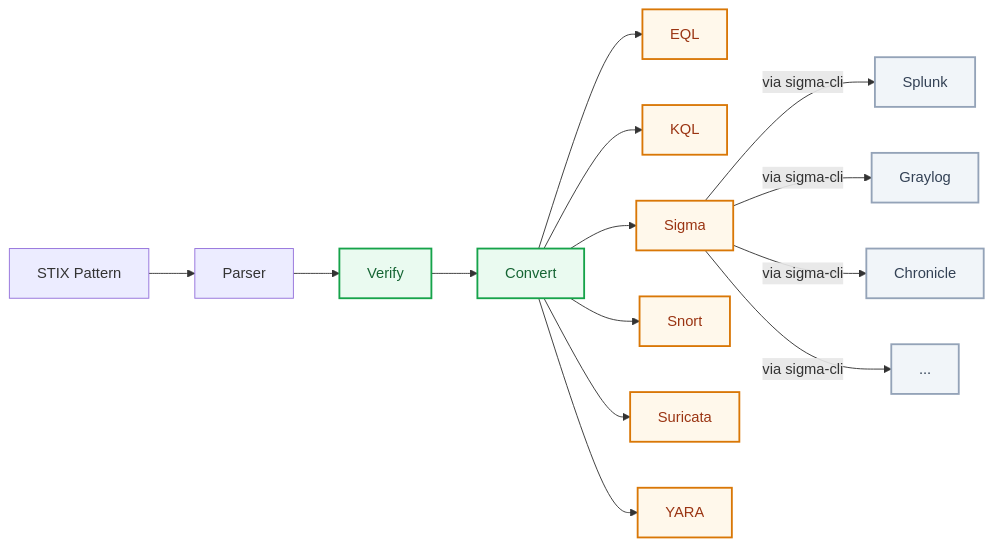
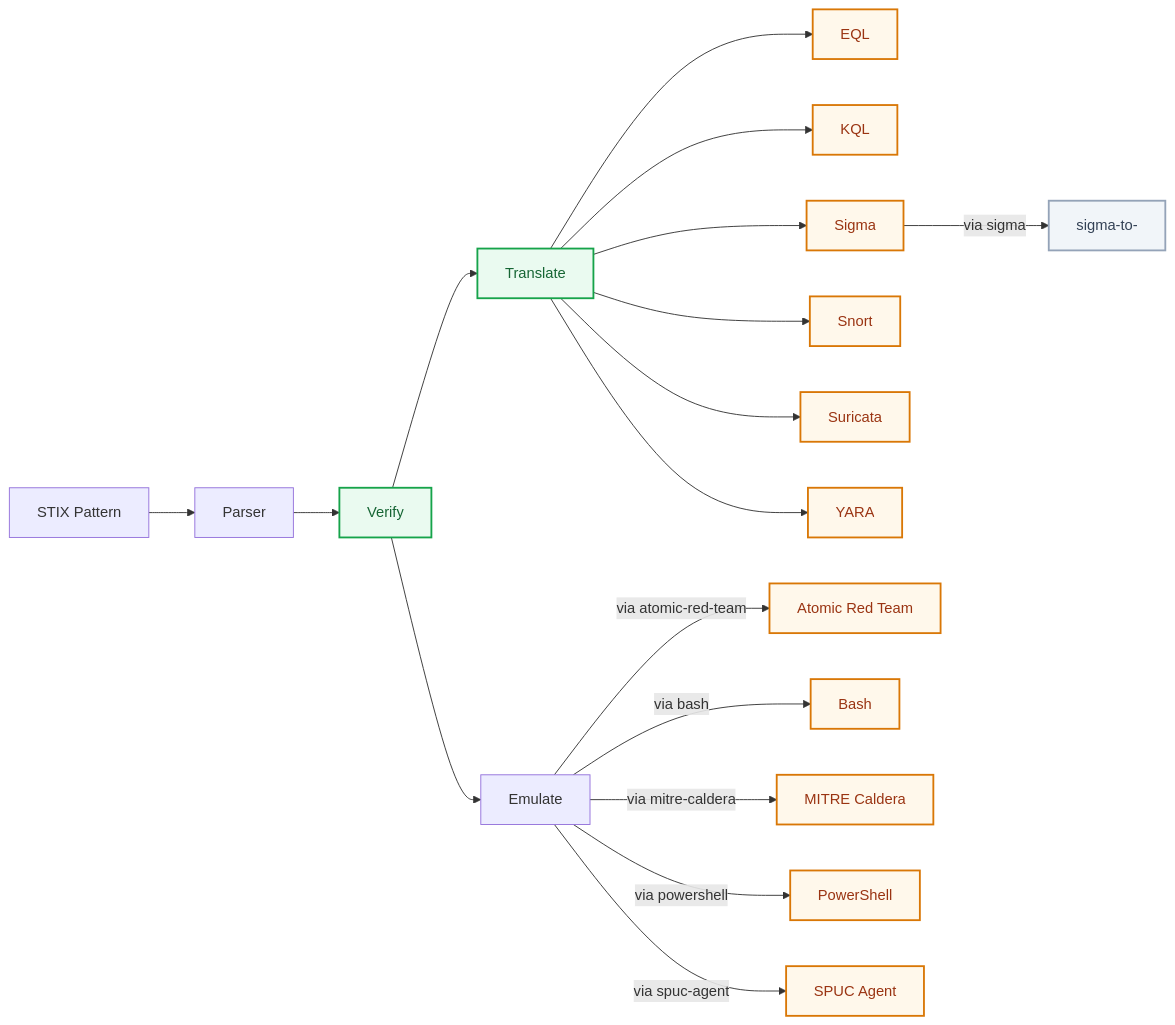
The diagram in README.md (febrezo/spuc), drawn with Mermaid before and after one commit. The commit also changed other lines of this file and 95 other files, not shown here.

````diff
--- a/README.md
+++ b/README.md
@@ -5,25 +6,28 @@
 ```mermaid
 flowchart LR
   A[STIX Pattern] --> B[Parser]
   B --> D[Verify]
-  D --> E[Convert]
+  D --> E[Translate]
+  D --> Z[Emulate]
   E --> F[EQL]
   E --> G[KQL]
   E --> H[Sigma]
   E --> I[Snort]
   E --> J[Suricata]
   E --> K[YARA]
-  H -->|via sigma-cli| L[Splunk]
-  H -->|via sigma-cli| M[Graylog]
-  H -->|via sigma-cli| N[Chronicle]
-  H -->|via sigma-cli| Z[...]
+  H -->|via sigma| L[sigma-to-<backend>]
+  Z -->|via atomic-red-team| Z1[Atomic Red Team]
+  Z -->|via bash| Z2[Bash]
+  Z -->|via mitre-caldera| Z3[MITRE Caldera]
+  Z -->|via powershell| Z4[PowerShell]
+  Z -->|via spuc-agent| Z5[SPUC Agent]
 
   classDef stix fill:#edf4ff,stroke:#3b82f6,stroke-width:2px,color:#1e3a8a
   classDef command fill:#eafaf0,stroke:#16a34a,stroke-width:2px,color:#166534
   classDef targets fill:#fff8eb,stroke:#d97706,stroke-width:2px,color:#9a3412
   classDef sigmaTargets fill:#f1f5f9,stroke:#94a3b8,stroke-width:2px,color:#334155
 
   class D,E command
-  class F,G,H,I,J,K targets
-  class L,M,N,Z sigmaTargets
+  class F,G,H,I,J,K,Z1,Z2,Z3,Z4,Z5 targets
+  class L sigmaTargets
 ```
````
